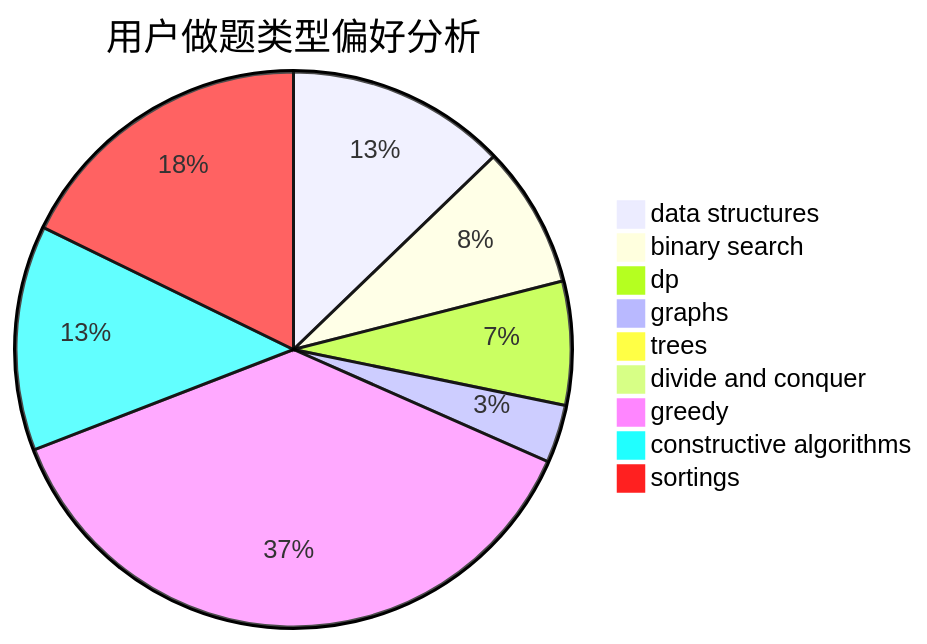
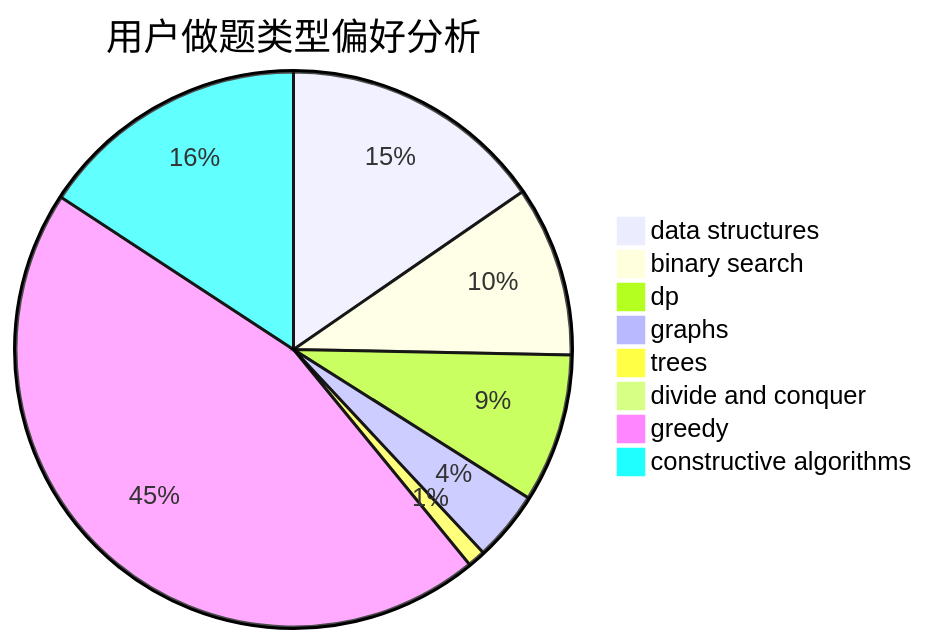
One commit to sherpahu/cfrs.github.io changed the second of 3 diagrams in docs/user/u1052.md. Above: the diagram before and after it, drawn with Mermaid. The commit also changed other lines of this file and 2769 other files, not shown here.

````diff
--- a/docs/user/u1052.md
+++ b/docs/user/u1052.md
@@ -18,12 +18,11 @@
 ```mermaid
 pie title 用户做题类型偏好分析
     "data structures" :  208
     "binary search" :  134
     "dp" :  117
     "graphs" :  55
     "trees" :  14
     "divide and conquer" :  0
     "greedy" :  610
     "constructive algorithms" :  213
-    "sortings" :  289
 ```
````
